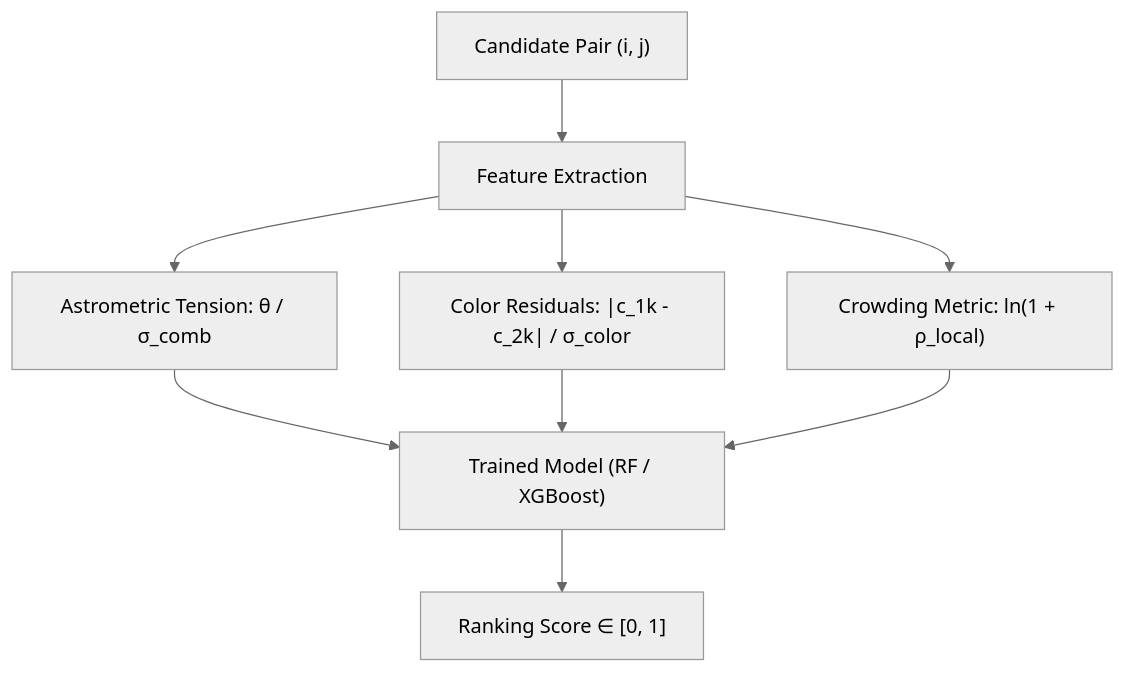
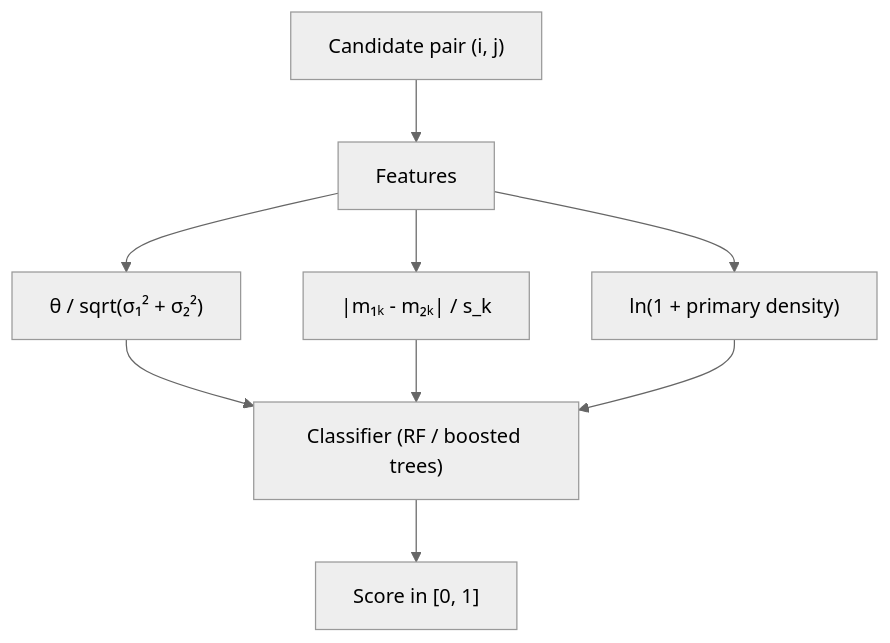
Before and after one commit to astroai/xmatcher: the third of 5 diagrams in docs/algorithms.md, drawn with Mermaid (neutral theme). The commit also changed other lines of this file and 14 other files, not shown here.

````diff
--- a/docs/algorithms.md
+++ b/docs/algorithms.md
@@ -473,11 +367,11 @@
 ```mermaid
 flowchart TD
-    A["Candidate Pair (i, j)"] --> B["Feature Extraction"]
-    B --> F1["Astrometric Tension: θ / σ_comb"]
-    B --> F2["Color Residuals: |c_1k - c_2k| / σ_color"]
-    B --> F3["Crowding Metric: ln(1 + ρ_local)"]
-    F1 --> C["Trained Model (RF / XGBoost)"]
+    A["Candidate pair (i, j)"] --> B["Features"]
+    B --> F1["θ / sqrt(σ₁² + σ₂²)"]
+    B --> F2["|m₁ₖ - m₂ₖ| / s_k"]
+    B --> F3["ln(1 + primary density)"]
+    F1 --> C["Classifier (RF / boosted trees)"]
     F2 --> C
     F3 --> C
-    C --> D["Ranking Score &isin; [0, 1]"]
+    C --> D["Score in [0, 1]"]
 ```
````
